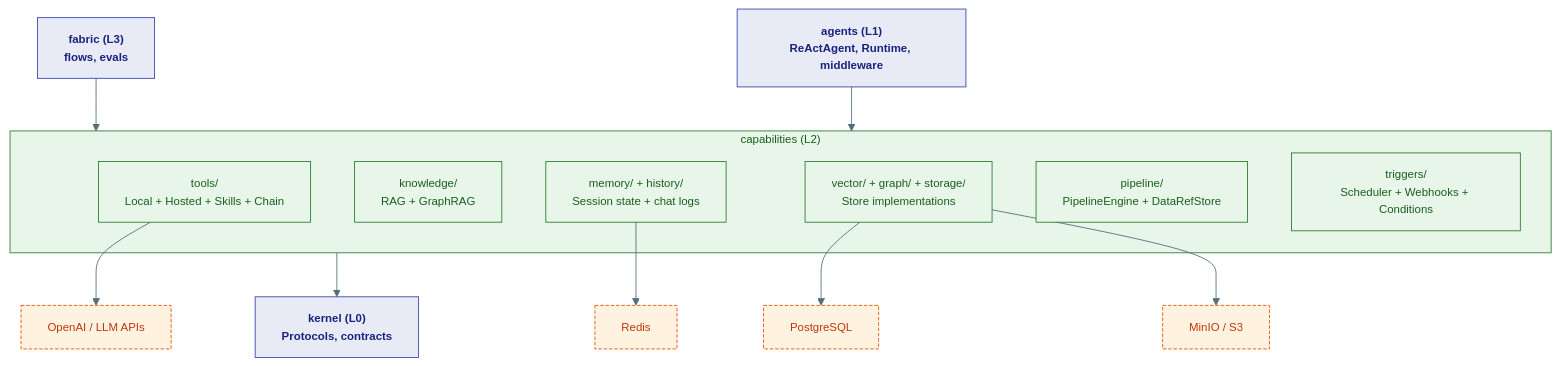
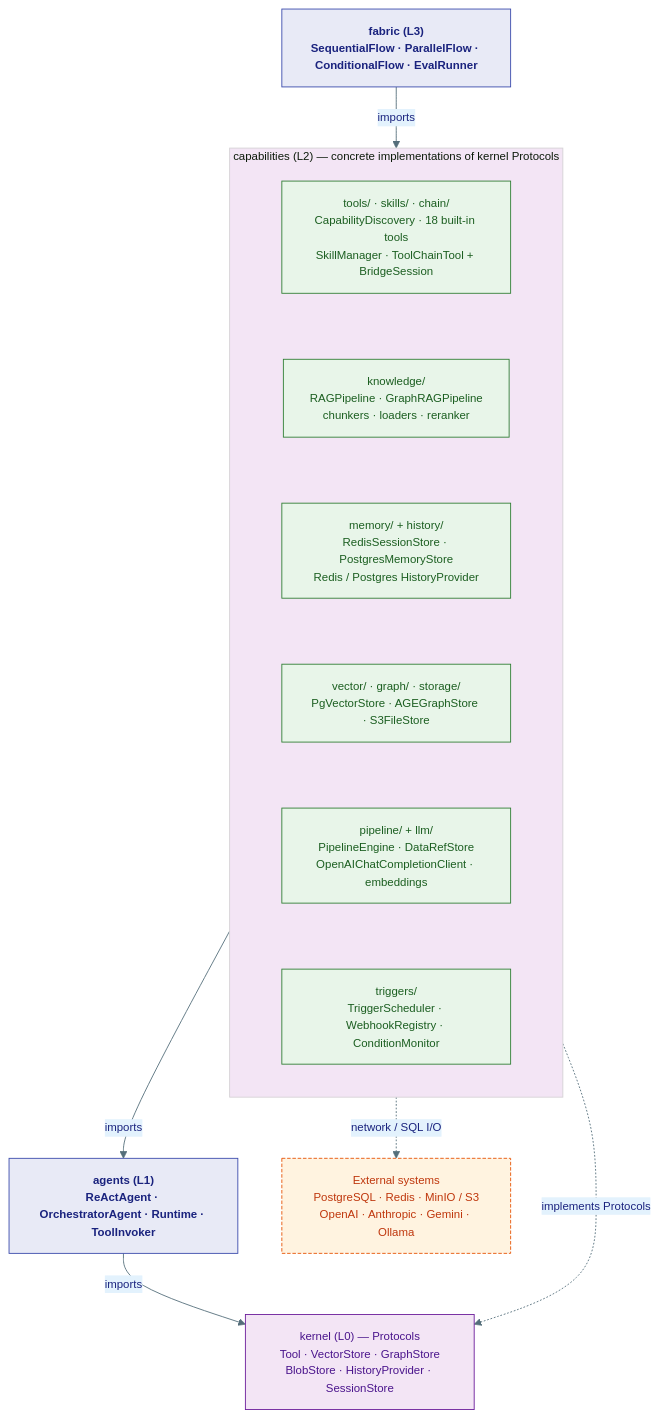
Before and after one commit to Ravikumarchavva/agent-substrate: the diagram in agents/agent-substrate/docs/capabilities/index.md, drawn with Mermaid. The commit also changed 10 other files, not shown here.

First line of the commit message:
Refactor documentation diagrams and enhance Mermaid integration

````diff
--- a/agents/agent-substrate/docs/capabilities/index.md
+++ b/agents/agent-substrate/docs/capabilities/index.md
@@ -23,34 +23,31 @@
 ```mermaid
 %%{init: {'theme': 'base', 'themeVariables': {'primaryColor': '#E8EAF6','primaryTextColor': '#1A237E','primaryBorderColor': '#3949AB','lineColor': '#546E7A','secondaryColor': '#E3F2FD','tertiaryColor': '#F3E5F5','fontSize': '13px'}}}%%
 flowchart TB
     classDef layer fill:#E8EAF6,stroke:#3949AB,color:#1A237E,font-weight:bold
     classDef cap   fill:#E8F5E9,stroke:#2E7D32,color:#1B5E20
     classDef ext   fill:#FFF3E0,stroke:#E65100,color:#BF360C,stroke-dasharray:4 2
+    classDef proto fill:#F3E5F5,stroke:#6A1B9A,color:#4A148C
 
-    L3["fabric (L3)\nflows, evals"]:::layer
-    L1["agents (L1)\nReActAgent, Runtime, middleware"]:::layer
-    L0["kernel (L0)\nProtocols, contracts"]:::layer
+    L3["fabric (L3)<br/>SequentialFlow · ParallelFlow · ConditionalFlow · EvalRunner"]:::layer
 
-    subgraph L2["capabilities (L2)"]
-        style L2 fill:#E8F5E9,stroke:#2E7D32,color:#1B5E20
-        T["tools/\nLocal + Hosted + Skills + Chain"]:::cap
-        K["knowledge/\nRAG + GraphRAG"]:::cap
-        M["memory/ + history/\nSession state + chat logs"]:::cap
-        S["vector/ + graph/ + storage/\nStore implementations"]:::cap
-        P["pipeline/\nPipelineEngine + DataRefStore"]:::cap
-        TR["triggers/\nScheduler + Webhooks + Conditions"]:::cap
+    subgraph L2["capabilities (L2) — concrete implementations of kernel Protocols"]
+        direction TB
+        T["tools/ · skills/ · chain/<br/>CapabilityDiscovery · 18 built-in tools<br/>SkillManager · ToolChainTool + BridgeSession"]:::cap
+        K["knowledge/<br/>RAGPipeline · GraphRAGPipeline<br/>chunkers · loaders · reranker"]:::cap
+        MH["memory/ + history/<br/>RedisSessionStore · PostgresMemoryStore<br/>Redis / Postgres HistoryProvider"]:::cap
+        SS["vector/ · graph/ · storage/<br/>PgVectorStore · AGEGraphStore · S3FileStore"]:::cap
+        PE["pipeline/ + llm/<br/>PipelineEngine · DataRefStore<br/>OpenAIChatCompletionClient · embeddings"]:::cap
+        TR["triggers/<br/>TriggerScheduler · WebhookRegistry · ConditionMonitor"]:::cap
+        T ~~~ K ~~~ MH ~~~ SS ~~~ PE ~~~ TR
     end
 
-    PG["PostgreSQL"]:::ext
-    RD["Redis"]:::ext
-    S3["MinIO / S3"]:::ext
-    OAI["OpenAI / LLM APIs"]:::ext
+    L1["agents (L1)<br/>ReActAgent · OrchestratorAgent · Runtime · ToolInvoker"]:::layer
+    L0["kernel (L0) — Protocols<br/>Tool · VectorStore · GraphStore<br/>BlobStore · HistoryProvider · SessionStore"]:::proto
+    EXT["External systems<br/>PostgreSQL · Redis · MinIO / S3<br/>OpenAI · Anthropic · Gemini · Ollama"]:::ext
 
-    L3 --> L2
-    L1 --> L2
-    L2 --> L0
-    S --> PG
-    M --> RD
-    S --> S3
-    T --> OAI
+    L3 -->|"imports"| L2
+    L2 -->|"imports"| L1
+    L1 -->|"imports"| L0
+    L2 -.->|"implements Protocols"| L0
+    L2 -.->|"network / SQL I/O"| EXT
 ```
````
